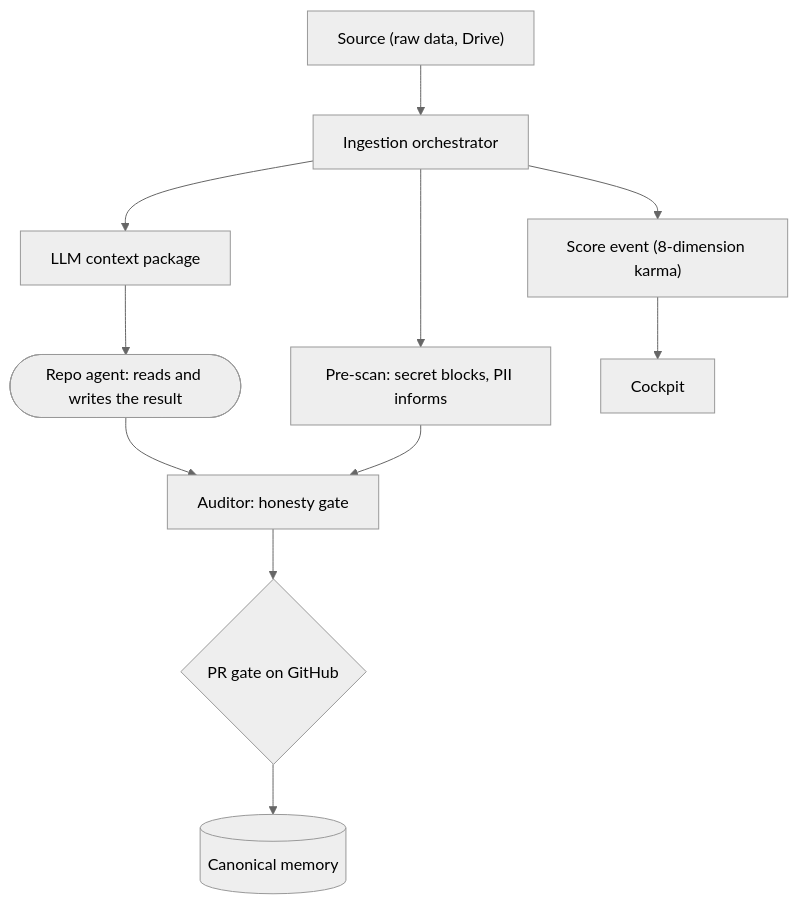
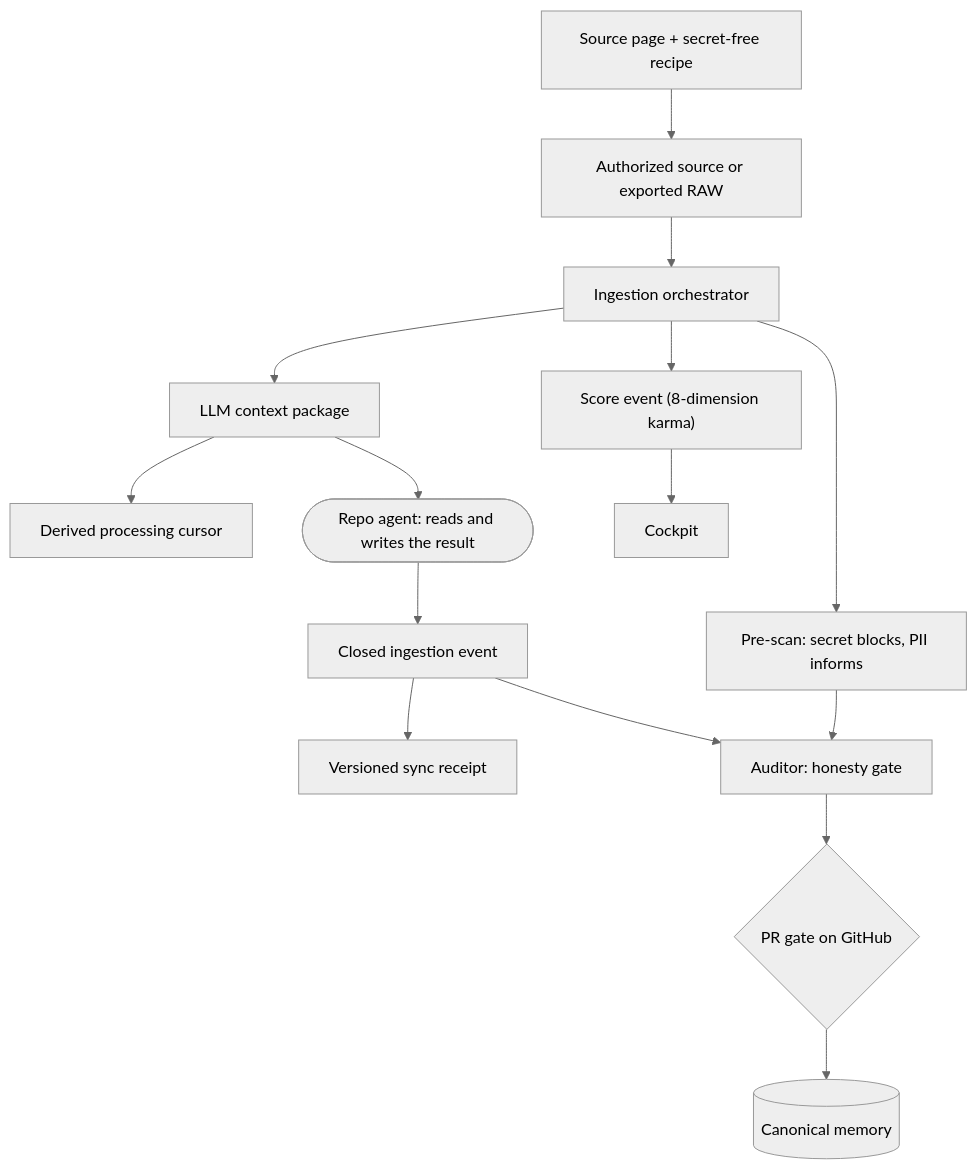
One commit to kimlage/wiki-viva-kit changed the diagram in memories/system/perception/wiki-system-relationship-map.md. Above: the diagram before and after it, drawn with Mermaid (neutral theme). The commit also changed other lines of this file and 53 other files, not shown here.

````diff
--- a/memories/system/perception/wiki-system-relationship-map.md
+++ b/memories/system/perception/wiki-system-relationship-map.md
@@ -61,24 +64,31 @@
 ```mermaid
 flowchart TD
-    Source["Source (raw data, Drive)"]
+    Recipe["Source page + secret-free recipe"]
+    Source["Authorized source or exported RAW"]
     Orchestrator["Ingestion orchestrator"]
     Prescan["Pre-scan: secret blocks, PII informs"]
     Package["LLM context package"]
+    Cursor["Derived processing cursor"]
     Score["Score event (8-dimension karma)"]
     Agent(["Repo agent: reads and writes the result"])
+    Event["Closed ingestion event"]
+    Receipt["Versioned sync receipt"]
     Auditor["Auditor: honesty gate"]
     Cockpit["Cockpit"]
     PRGate{"PR gate on GitHub"}
     Memory[("Canonical memory")]
 
-    Source --> Orchestrator
+    Recipe --> Source --> Orchestrator
     Orchestrator --> Prescan
     Orchestrator --> Package
+    Package --> Cursor
     Orchestrator --> Score
     Package --> Agent
-    Agent --> Auditor
+    Agent --> Event
+    Event --> Auditor
+    Event --> Receipt
     Prescan --> Auditor
     Score --> Cockpit
     Auditor --> PRGate
     PRGate --> Memory
 ```
````
